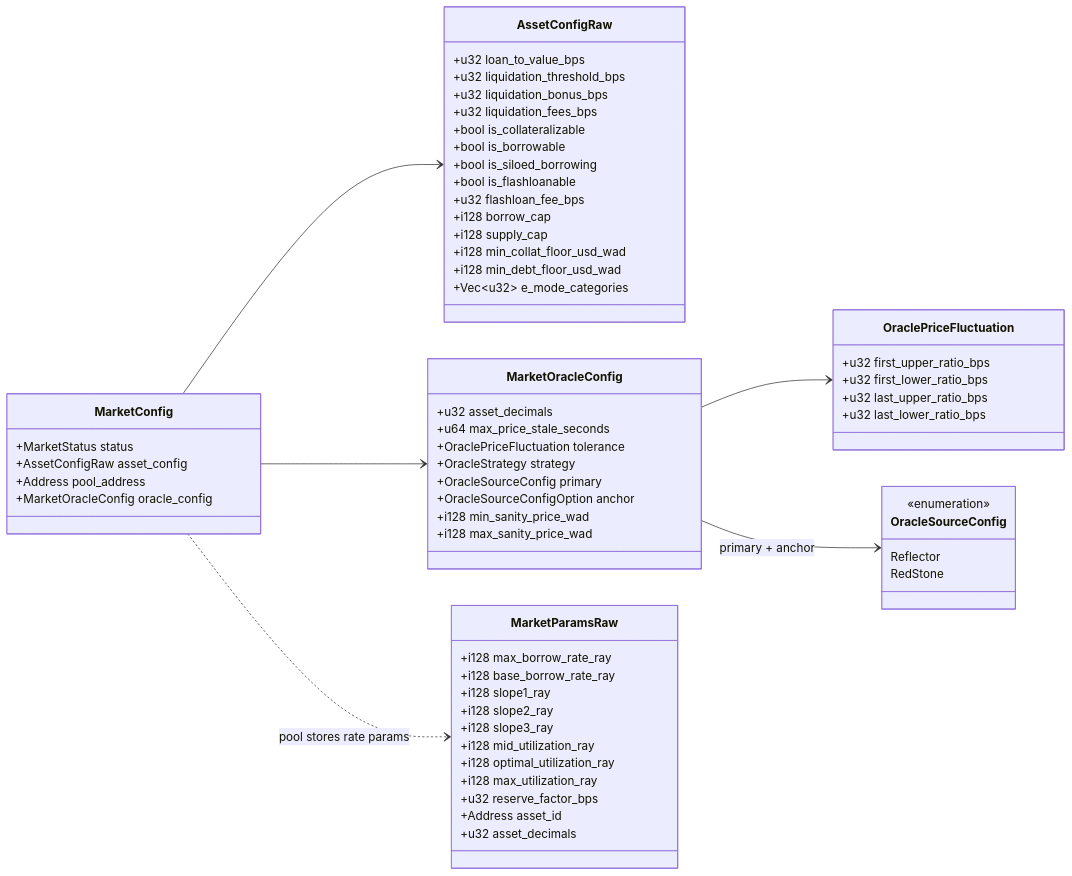
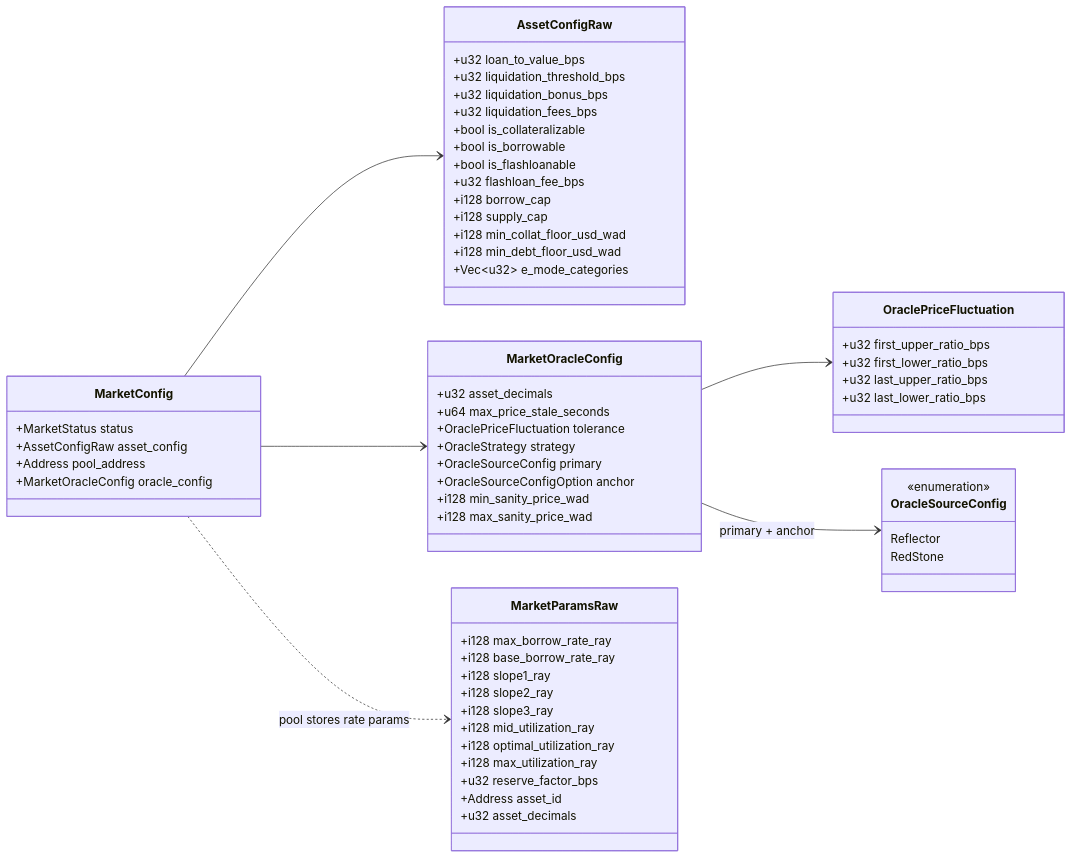
The fourth of 14 diagrams in SCF_BUILD_ARCHITECTURE.md (XOXNO/rs-lending-xlm), drawn with Mermaid before and after one commit. The commit also changed other lines of this file and 44 other files, not shown here.

First line of the commit message:
Remove isolation mode and siloed borrowing from the controller.

````diff
--- a/SCF_BUILD_ARCHITECTURE.md
+++ b/SCF_BUILD_ARCHITECTURE.md
@@ -355,72 +355,71 @@
 ```mermaid
 classDiagram
     direction LR
 
     class MarketConfig {
         +MarketStatus status
         +AssetConfigRaw asset_config
         +Address pool_address
         +MarketOracleConfig oracle_config
     }
 
     class AssetConfigRaw {
         +u32 loan_to_value_bps
         +u32 liquidation_threshold_bps
         +u32 liquidation_bonus_bps
         +u32 liquidation_fees_bps
         +bool is_collateralizable
         +bool is_borrowable
-        +bool is_siloed_borrowing
         +bool is_flashloanable
         +u32 flashloan_fee_bps
         +i128 borrow_cap
         +i128 supply_cap
         +i128 min_collat_floor_usd_wad
         +i128 min_debt_floor_usd_wad
         +Vec~u32~ e_mode_categories
     }
 
     class MarketOracleConfig {
         +u32 asset_decimals
         +u64 max_price_stale_seconds
         +OraclePriceFluctuation tolerance
         +OracleStrategy strategy
         +OracleSourceConfig primary
         +OracleSourceConfigOption anchor
         +i128 min_sanity_price_wad
         +i128 max_sanity_price_wad
     }
 
     class OracleSourceConfig {
         <<enumeration>>
         Reflector
         RedStone
     }
 
     class OraclePriceFluctuation {
         +u32 first_upper_ratio_bps
         +u32 first_lower_ratio_bps
         +u32 last_upper_ratio_bps
         +u32 last_lower_ratio_bps
     }
 
     class MarketParamsRaw {
         +i128 max_borrow_rate_ray
         +i128 base_borrow_rate_ray
         +i128 slope1_ray
         +i128 slope2_ray
         +i128 slope3_ray
         +i128 mid_utilization_ray
         +i128 optimal_utilization_ray
         +i128 max_utilization_ray
         +u32 reserve_factor_bps
         +Address asset_id
         +u32 asset_decimals
     }
 
     MarketConfig --> AssetConfigRaw
     MarketConfig --> MarketOracleConfig
     MarketOracleConfig --> OraclePriceFluctuation
     MarketOracleConfig --> OracleSourceConfig : primary + anchor
     MarketConfig ..> MarketParamsRaw : pool stores rate params
 ```
````
